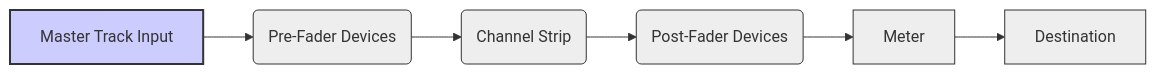
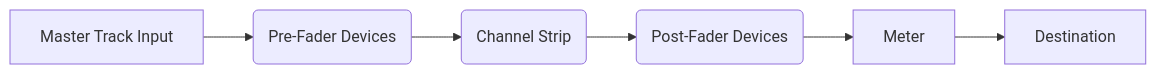
Before and after one commit to yannmazita/daw.ts: the ninth of 9 diagrams in README.md, drawn with Mermaid. The commit also changed other lines of this file, not shown here.

````diff
--- a/README.md
+++ b/README.md
@@ -245,14 +230,8 @@
 ```mermaid
     graph LR
         A[Master Track Input] --> B(Pre-Fader Devices);
         B --> C(Channel Strip);
         C --> D(Post-Fader Devices);
         D --> E[Meter];
         E --> F[Destination];
-        style A fill:#ccf,stroke:#333,stroke-width:2px
-        style B fill:#eee,stroke:#333,stroke-width:1px
-        style C fill:#eee,stroke:#333,stroke-width:1px
-        style D fill:#eee,stroke:#333,stroke-width:1px
-        style E fill:#eee,stroke:#333,stroke-width:1px
-        style F fill:#eee,stroke:#333,stroke-width:1px
 ```
````
